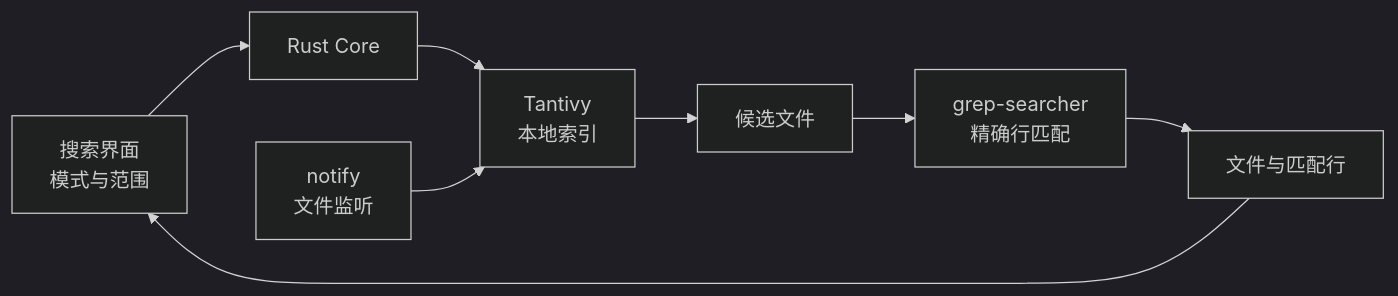
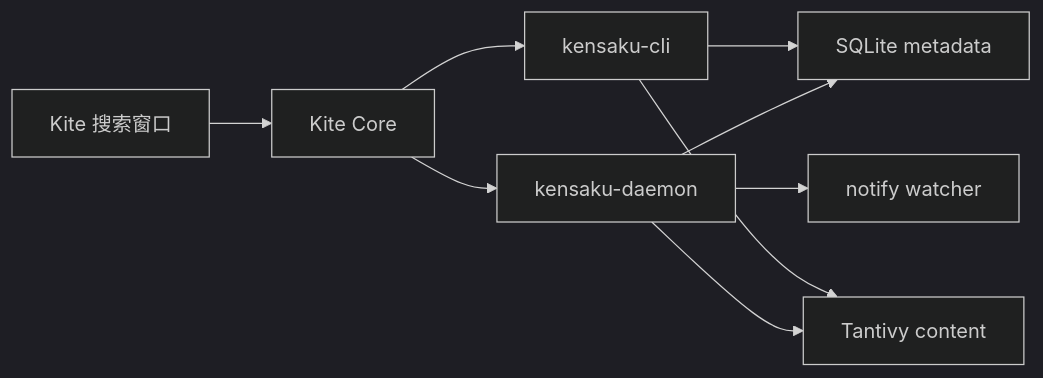
Before and after one commit to wyz541/kite: the first of 2 diagrams in docs/architecture/content-search.md, drawn with Mermaid (dark theme). The commit also changed other lines of this file and 31 other files, not shown here.

First line of the commit message:
Kite v0.6.63: Kensaku global search backend (#67)

````diff
--- a/docs/architecture/content-search.md
+++ b/docs/architecture/content-search.md
@@ -36,10 +23,11 @@
 ```mermaid
 flowchart LR
-    UI[搜索界面<br/>模式与范围] --> CORE[Rust Core]
-    CORE --> INDEX[Tantivy<br/>本地索引]
-    INDEX --> CANDIDATE[候选文件]
-    CANDIDATE --> VERIFY[grep-searcher<br/>精确行匹配]
-    WATCH[notify<br/>文件监听] --> INDEX
-    VERIFY --> RESULT[文件与匹配行]
-    RESULT --> UI
+    UI[Kite 搜索窗口] --> CORE[Kite Core]
+    CORE --> DAEMON[kensaku-daemon]
+    CORE --> CLI[kensaku-cli]
+    DAEMON --> DB[SQLite metadata]
+    DAEMON --> CONTENT[Tantivy content]
+    DAEMON --> WATCH[notify watcher]
+    CLI --> DB
+    CLI --> CONTENT
 ```
````
